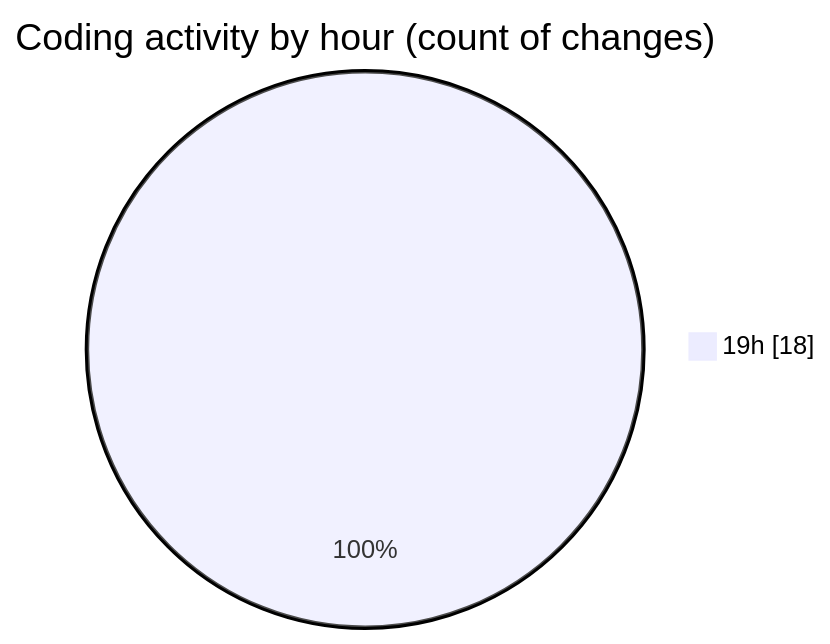
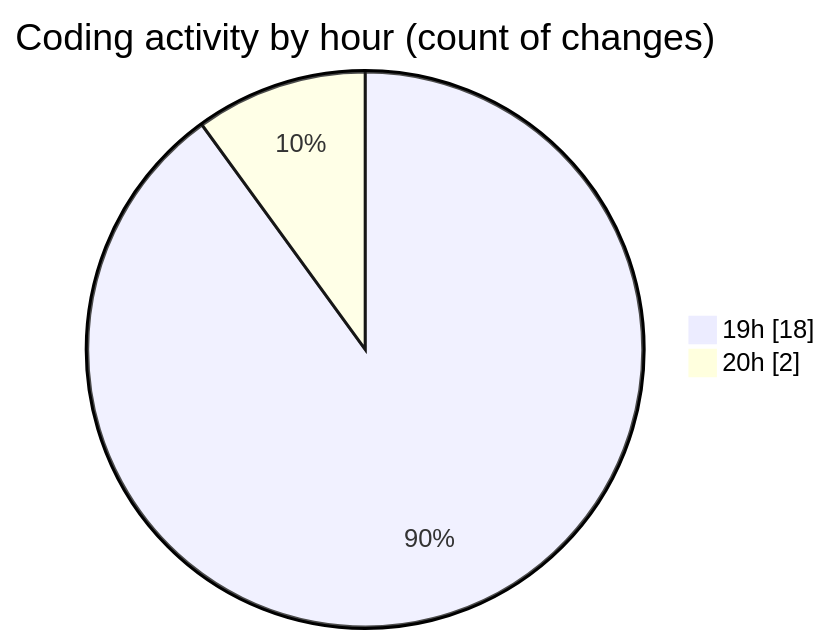
One commit to Elitesun/code-tracking changed the second of 2 diagrams in 2025-02-05/react_ecom/README.md. Above: the diagram before and after it, drawn with Mermaid. The commit also changed other lines of this file and 1 other file, not shown here.

````diff
--- a/2025-02-05/react_ecom/README.md
+++ b/2025-02-05/react_ecom/README.md
@@ -35,5 +36,6 @@
 ```mermaid
 pie showData
 title Coding activity by hour (count of changes)
 "19h" : 18
+"20h" : 2
 ```
````
